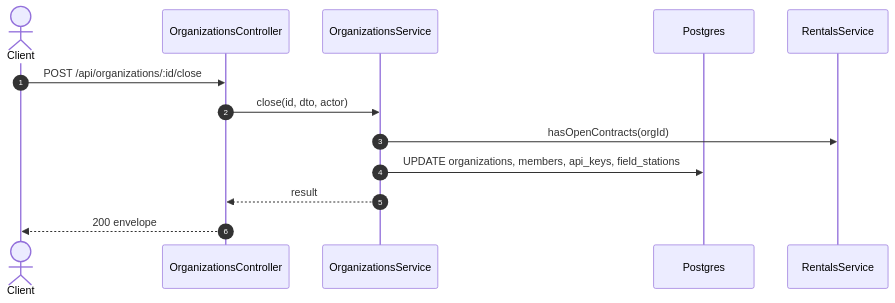
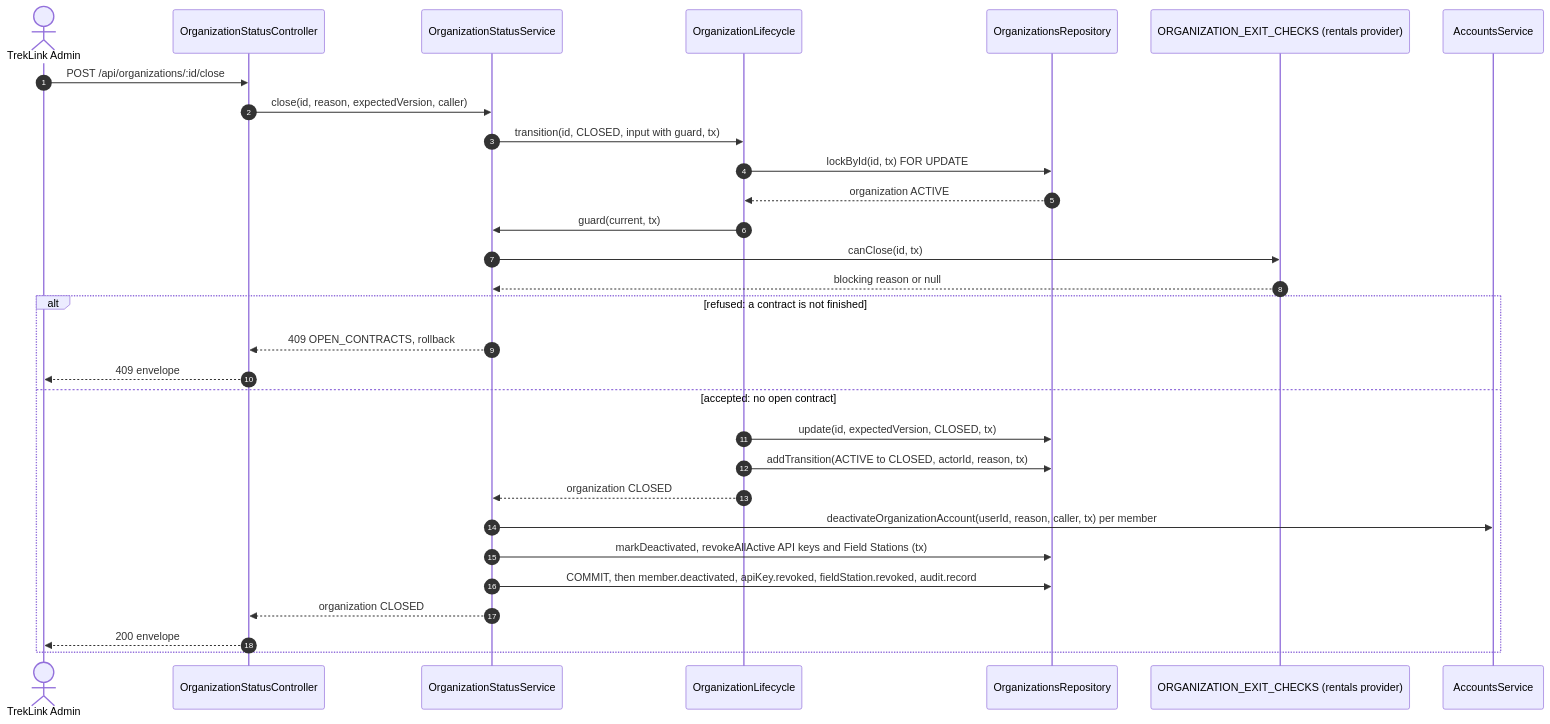
The second of 2 diagrams in specs/organizations/api-design/10-post-organizations-id-close.md (TrekLink-Team/treklink-web), drawn with Mermaid before and after one commit. The commit also changed other lines of this file and 7 other files, not shown here.

First line of the commit message:
docs: draw organizations api-design 08 to 11 from the status controller

````diff
--- a/specs/organizations/api-design/10-post-organizations-id-close.md
+++ b/specs/organizations/api-design/10-post-organizations-id-close.md
@@ -240,15 +244,32 @@
 ```mermaid
 sequenceDiagram
     autonumber
-    actor C as Client
-    participant Ctl as OrganizationsController
-    participant Svc as OrganizationsService
-    participant DB as Postgres
-    participant Rent as RentalsService
-    C->>Ctl: POST /api/organizations/:id/close
-    Ctl->>Svc: close(id, dto, actor)
-    Svc->>Rent: hasOpenContracts(orgId)
-    Svc->>DB: UPDATE organizations, members, api_keys, field_stations
-    Svc-->>Ctl: result
-    Ctl-->>C: 200 envelope
+    actor U as TrekLink Admin
+    participant Ctl as OrganizationStatusController
+    participant Svc as OrganizationStatusService
+    participant L as OrganizationLifecycle
+    participant R as OrganizationsRepository
+    participant X as ORGANIZATION_EXIT_CHECKS (rentals provider)
+    participant A as AccountsService
+    U->>Ctl: POST /api/organizations/:id/close
+    Ctl->>Svc: close(id, reason, expectedVersion, caller)
+    Svc->>L: transition(id, CLOSED, input with guard, tx)
+    L->>R: lockById(id, tx) FOR UPDATE
+    R-->>L: organization ACTIVE
+    L->>Svc: guard(current, tx)
+    Svc->>X: canClose(id, tx)
+    X-->>Svc: blocking reason or null
+    alt refused: a contract is not finished
+        Svc-->>Ctl: 409 OPEN_CONTRACTS, rollback
+        Ctl-->>U: 409 envelope
+    else accepted: no open contract
+        L->>R: update(id, expectedVersion, CLOSED, tx)
+        L->>R: addTransition(ACTIVE to CLOSED, actorId, reason, tx)
+        L-->>Svc: organization CLOSED
+        Svc->>A: deactivateOrganizationAccount(userId, reason, caller, tx) per member
+        Svc->>R: markDeactivated, revokeAllActive API keys and Field Stations (tx)
+        Svc->>R: COMMIT, then member.deactivated, apiKey.revoked, fieldStation.revoked, audit.record
+        Svc-->>Ctl: organization CLOSED
+        Ctl-->>U: 200 envelope
+    end
 ```
````
